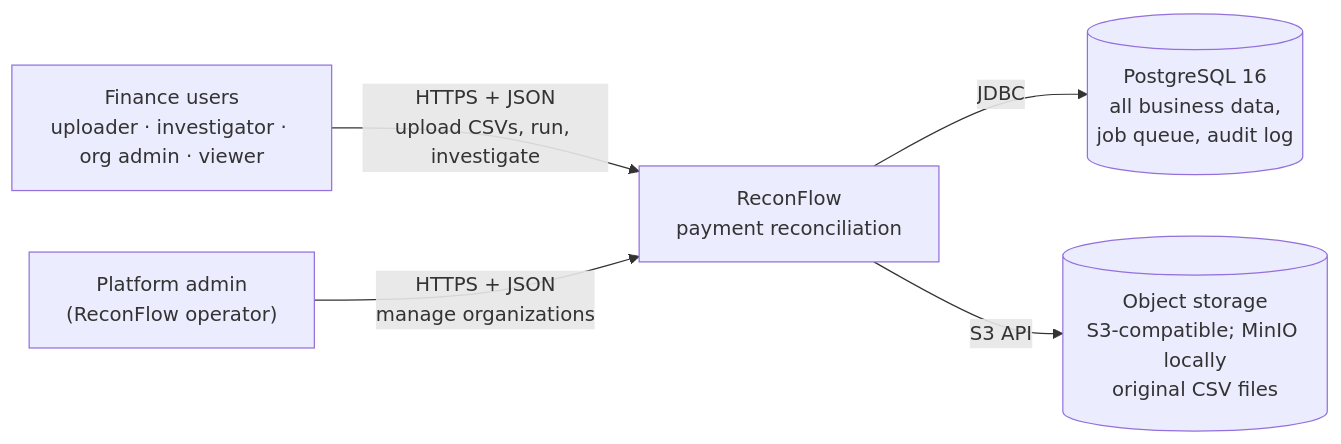
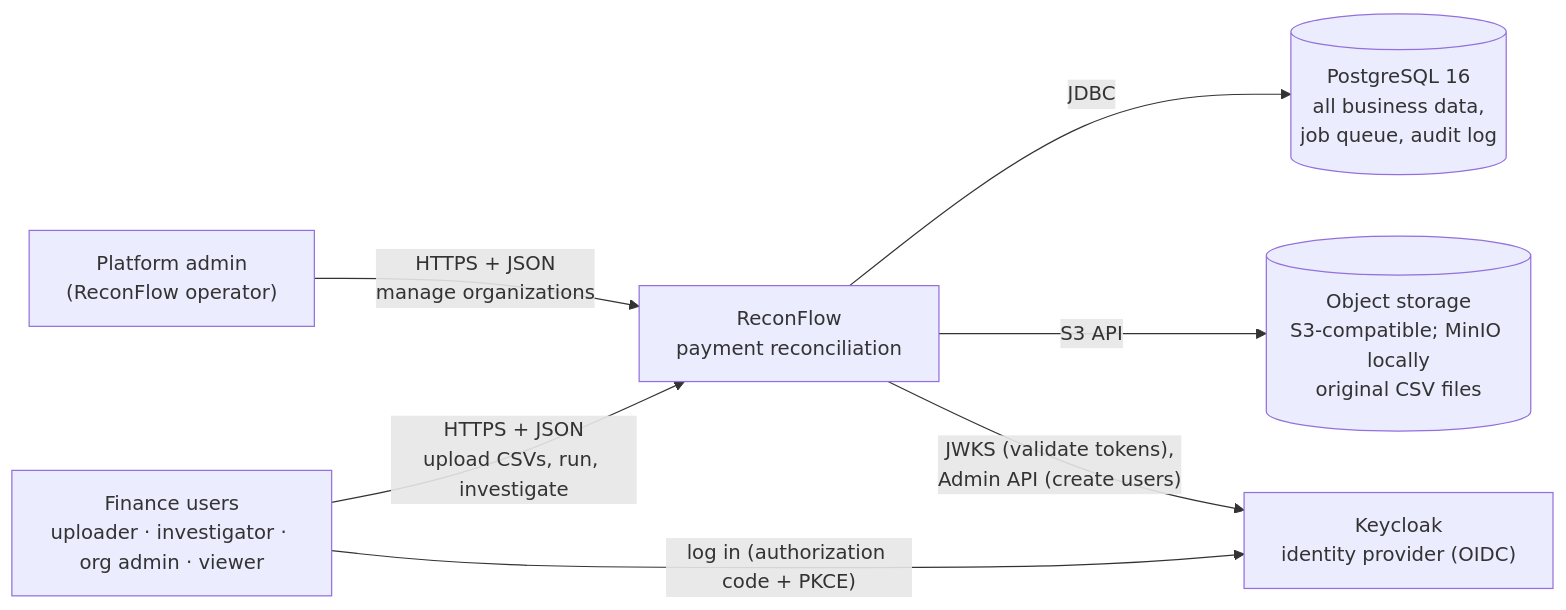
The first of 12 diagrams in docs/architecture.md (kasalmanfarcy/PaymentReconciliation), drawn with Mermaid before and after one commit. The commit also changed other lines of this file, not shown here.

First line of the commit message:
docs(repo): M11.10 architecture as built, checked against the code

````diff
--- a/docs/architecture.md
+++ b/docs/architecture.md
@@ -11,12 +11,15 @@
 ```mermaid
 flowchart LR
     U["Finance users<br/>uploader · investigator · org admin · viewer"]
     P["Platform admin<br/>(ReconFlow operator)"]
     R["ReconFlow<br/>payment reconciliation"]
+    KC["Keycloak<br/>identity provider (OIDC)"]
     DB[("PostgreSQL 16<br/>all business data,<br/>job queue, audit log")]
     S3[("Object storage<br/>S3-compatible; MinIO locally<br/>original CSV files")]
     U -- "HTTPS + JSON<br/>upload CSVs, run, investigate" --> R
     P -- "HTTPS + JSON<br/>manage organizations" --> R
     R -- "JDBC" --> DB
     R -- "S3 API" --> S3
+    U -- "log in (authorization code + PKCE)" --> KC
+    R -- "JWKS (validate tokens),<br/>Admin API (create users)" --> KC
 ```
````
